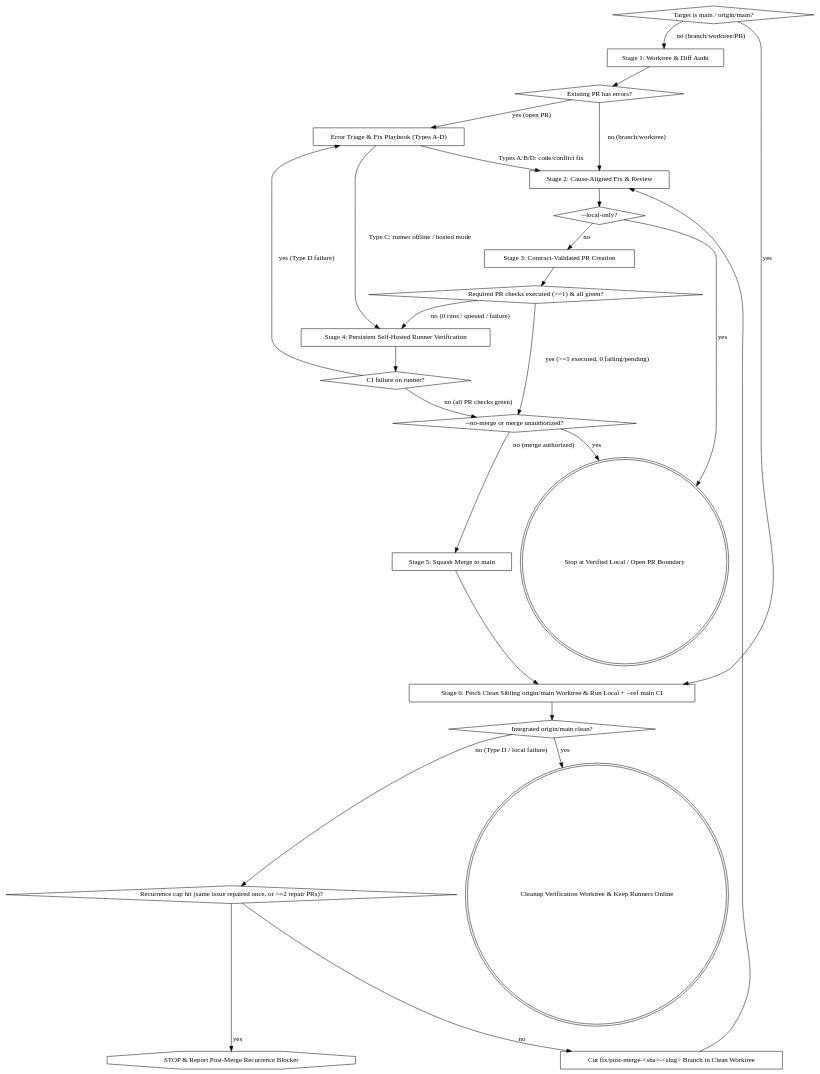
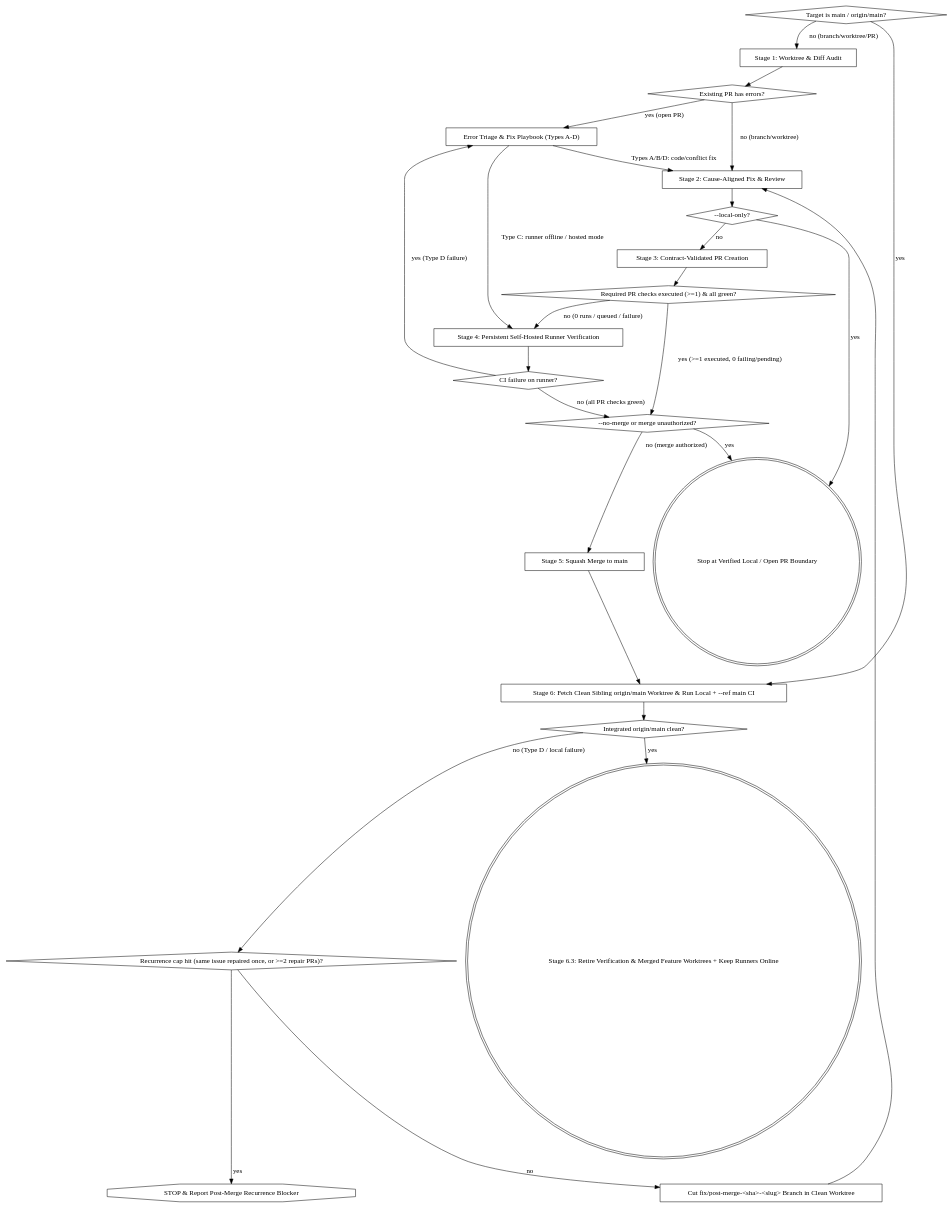
Before and after one commit to quan25211ot0433/project-agent-skills: the diagram in skills/ship-to-main/SKILL.md, drawn with Graphviz. The commit also changed other lines of this file and 8 other files, not shown here.

Commit message:
feat(skills): unify post-Stage-6 worktree retirement, quarantine, and derived closure (#5)

````diff
--- a/skills/ship-to-main/SKILL.md
+++ b/skills/ship-to-main/SKILL.md
@@ -47,50 +47,50 @@
 ```dot
 digraph ship_to_main {
     rankdir=TB;
     "Target is main / origin/main?" [shape=diamond];
     "Stage 1: Worktree & Diff Audit" [shape=box];
     "Existing PR has errors?" [shape=diamond];
     "Error Triage & Fix Playbook (Types A-D)" [shape=box];
     "Stage 2: Cause-Aligned Fix & Review" [shape=box];
     "--local-only?" [shape=diamond];
     "Stage 3: Contract-Validated PR Creation" [shape=box];
     "Required PR checks executed (>=1) & all green?" [shape=diamond];
     "Stage 4: Persistent Self-Hosted Runner Verification" [shape=box];
     "CI failure on runner?" [shape=diamond];
     "--no-merge or merge unauthorized?" [shape=diamond];
     "Stop at Verified Local / Open PR Boundary" [shape=doublecircle];
     "Stage 5: Squash Merge to main" [shape=box];
     "Stage 6: Fetch Clean Sibling origin/main Worktree & Run Local + --ref main CI" [shape=box];
     "Integrated origin/main clean?" [shape=diamond];
     "Recurrence cap hit (same issue repaired once, or >=2 repair PRs)?" [shape=diamond];
     "Cut fix/post-merge-<sha>-<slug> Branch in Clean Worktree" [shape=box];
     "STOP & Report Post-Merge Recurrence Blocker" [shape=octagon];
-    "Cleanup Verification Worktree & Keep Runners Online" [shape=doublecircle];
+    "Stage 6.3: Retire Verification & Merged Feature Worktrees + Keep Runners Online" [shape=doublecircle];
 
     "Target is main / origin/main?" -> "Stage 6: Fetch Clean Sibling origin/main Worktree & Run Local + --ref main CI" [label="yes"];
     "Target is main / origin/main?" -> "Stage 1: Worktree & Diff Audit" [label="no (branch/worktree/PR)"];
     "Stage 1: Worktree & Diff Audit" -> "Existing PR has errors?";
     "Existing PR has errors?" -> "Error Triage & Fix Playbook (Types A-D)" [label="yes (open PR)"];
     "Existing PR has errors?" -> "Stage 2: Cause-Aligned Fix & Review" [label="no (branch/worktree)"];
     "Error Triage & Fix Playbook (Types A-D)" -> "Stage 4: Persistent Self-Hosted Runner Verification" [label="Type C: runner offline / hosted mode"];
     "Error Triage & Fix Playbook (Types A-D)" -> "Stage 2: Cause-Aligned Fix & Review" [label="Types A/B/D: code/conflict fix"];
     "Stage 2: Cause-Aligned Fix & Review" -> "--local-only?";
     "--local-only?" -> "Stop at Verified Local / Open PR Boundary" [label="yes"];
     "--local-only?" -> "Stage 3: Contract-Validated PR Creation" [label="no"];
     "Stage 3: Contract-Validated PR Creation" -> "Required PR checks executed (>=1) & all green?";
     "Required PR checks executed (>=1) & all green?" -> "--no-merge or merge unauthorized?" [label="yes (>=1 executed, 0 failing/pending)"];
     "Required PR checks executed (>=1) & all green?" -> "Stage 4: Persistent Self-Hosted Runner Verification" [label="no (0 runs / queued / failure)"];
     "Stage 4: Persistent Self-Hosted Runner Verification" -> "CI failure on runner?";
     "CI failure on runner?" -> "Error Triage & Fix Playbook (Types A-D)" [label="yes (Type D failure)"];
     "CI failure on runner?" -> "--no-merge or merge unauthorized?" [label="no (all PR checks green)"];
     "--no-merge or merge unauthorized?" -> "Stop at Verified Local / Open PR Boundary" [label="yes"];
     "--no-merge or merge unauthorized?" -> "Stage 5: Squash Merge to main" [label="no (merge authorized)"];
     "Stage 5: Squash Merge to main" -> "Stage 6: Fetch Clean Sibling origin/main Worktree & Run Local + --ref main CI";
     "Stage 6: Fetch Clean Sibling origin/main Worktree & Run Local + --ref main CI" -> "Integrated origin/main clean?";
-    "Integrated origin/main clean?" -> "Cleanup Verification Worktree & Keep Runners Online" [label="yes"];
+    "Integrated origin/main clean?" -> "Stage 6.3: Retire Verification & Merged Feature Worktrees + Keep Runners Online" [label="yes"];
     "Integrated origin/main clean?" -> "Recurrence cap hit (same issue repaired once, or >=2 repair PRs)?" [label="no (Type D / local failure)"];
     "Recurrence cap hit (same issue repaired once, or >=2 repair PRs)?" -> "STOP & Report Post-Merge Recurrence Blocker" [label="yes"];
     "Recurrence cap hit (same issue repaired once, or >=2 repair PRs)?" -> "Cut fix/post-merge-<sha>-<slug> Branch in Clean Worktree" [label="no"];
     "Cut fix/post-merge-<sha>-<slug> Branch in Clean Worktree" -> "Stage 2: Cause-Aligned Fix & Review";
 }
 ```
````
